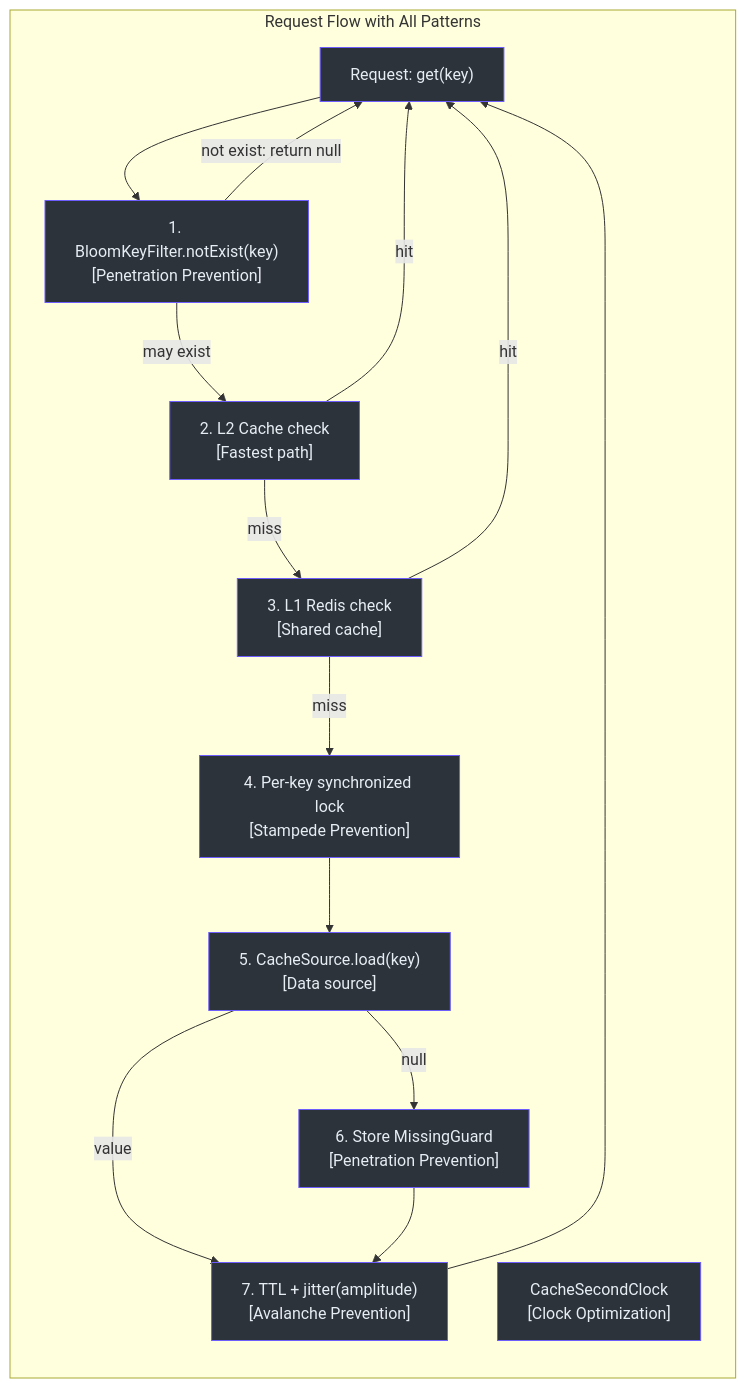
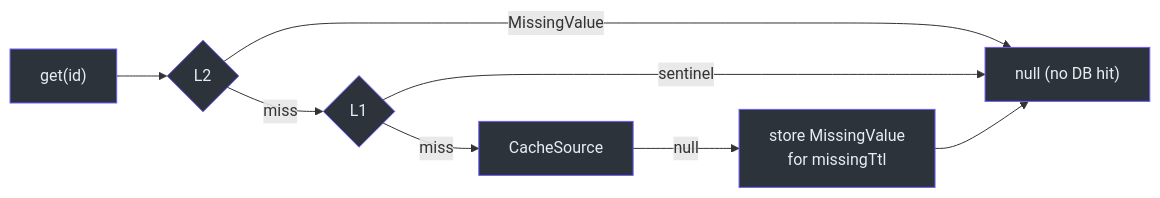
One commit to Ahoo-Wang/CoCache changed the second of 2 diagrams in wiki/testing/performance-patterns.md. Above: the diagram before and after it, drawn with Mermaid. The commit also changed other lines of this file and 256 other files, not shown here.

````diff
--- a/wiki/testing/performance-patterns.md
+++ b/wiki/testing/performance-patterns.md
@@ -414,38 +45,16 @@
 ```mermaid
-graph TB
-    subgraph sg_96 ["Request Flow with All Patterns"]
-        direction TB
-        Req["Request: get(key)"]
-        BF["1. BloomKeyFilter.notExist(key)<br>[Penetration Prevention]"]
-        L2["2. L2 Cache check<br>[Fastest path]"]
-        L1["3. L1 Redis check<br>[Shared cache]"]
-        Lock["4. Per-key synchronized lock<br>[Stampede Prevention]"]
-        L0["5. CacheSource.load(key)<br>[Data source]"]
-        Missing["6. Store MissingGuard<br>[Penetration Prevention]"]
-        TTL["7. TTL + jitter(amplitude)<br>[Avalanche Prevention]"]
-        Clock["CacheSecondClock<br>[Clock Optimization]"]
-    end
+flowchart LR
+    Q["get(id)"] --> L2{"L2"}
+    L2 -->|"MissingValue"| N["null (no DB hit)"]
+    L2 -->|miss| L1{"L1"}
+    L1 -->|"sentinel"| N
+    L1 -->|miss| DB["CacheSource"]
+    DB -->|null| W["store MissingValue<br>for missingTtl"] --> N
 
-    Req --> BF
-    BF -->|"not exist: return null"| Req
-    BF -->|"may exist"| L2
-    L2 -->|"hit"| Req
-    L2 -->|"miss"| L1
-    L1 -->|"hit"| Req
-    L1 -->|"miss"| Lock
-    Lock --> L0
-    L0 -->|"null"| Missing
-    L0 -->|"value"| TTL
-    Missing --> TTL
-    TTL --> Req
-
-    style Req fill:#2d333b,stroke:#6d5dfc,color:#e6edf3
-    style BF fill:#2d333b,stroke:#6d5dfc,color:#e6edf3
+    style Q fill:#2d333b,stroke:#6d5dfc,color:#e6edf3
     style L2 fill:#2d333b,stroke:#6d5dfc,color:#e6edf3
+    style N fill:#2d333b,stroke:#6d5dfc,color:#e6edf3
     style L1 fill:#2d333b,stroke:#6d5dfc,color:#e6edf3
-    style Lock fill:#2d333b,stroke:#6d5dfc,color:#e6edf3
-    style L0 fill:#2d333b,stroke:#6d5dfc,color:#e6edf3
-    style Missing fill:#2d333b,stroke:#6d5dfc,color:#e6edf3
-    style TTL fill:#2d333b,stroke:#6d5dfc,color:#e6edf3
-    style Clock fill:#2d333b,stroke:#6d5dfc,color:#e6edf3
+    style DB fill:#2d333b,stroke:#6d5dfc,color:#e6edf3
+    style W fill:#2d333b,stroke:#6d5dfc,color:#e6edf3
 ```
````
